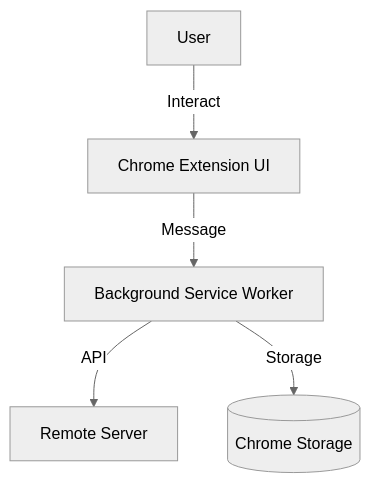
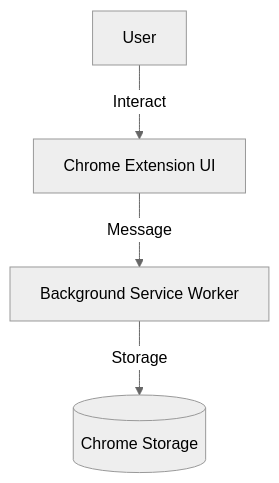
Before and after one commit to Tai-ch0802/arc-like-chrome-extension: the first of 2 diagrams in .agent/skills/sa/references/system_design_doc.md, drawn with Mermaid (neutral theme). The commit also changed 8 other files, not shown here.

````diff
--- a/.agent/skills/sa/references/system_design_doc.md
+++ b/.agent/skills/sa/references/system_design_doc.md
@@ -20,7 +20,6 @@
 ```mermaid
 graph TD
     User[User] -->|Interact| UI[Chrome Extension UI]
     UI -->|Message| BG[Background Service Worker]
-    BG -->|API| Server[Remote Server]
     BG -->|Storage| DB[(Chrome Storage)]
 ```
````
